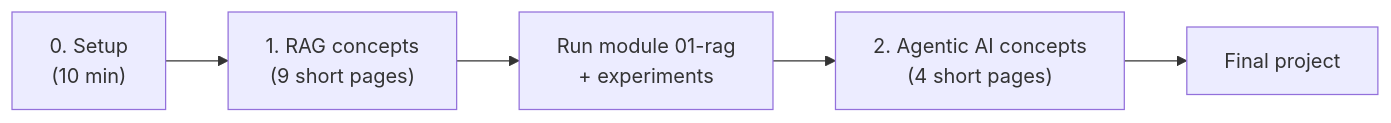
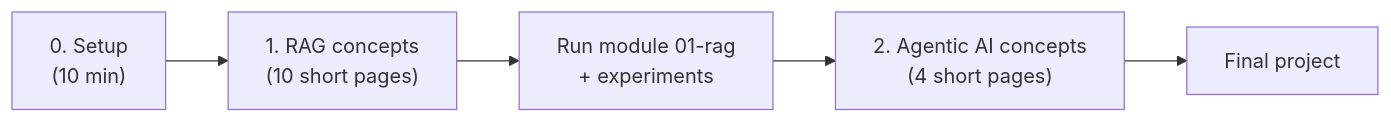
The diagram in README.md (prudhivi99/Agentic-System-Design), drawn with Mermaid before and after one commit. The commit also changed other lines of this file and 13 other files, not shown here.

Commit message:
Split Hybrid RAG into its own page, add module 04 docs and diagrams

````diff
--- a/README.md
+++ b/README.md
@@ -13,7 +13,7 @@
 ```mermaid
 flowchart LR
-    S["0. Setup<br/>(10 min)"] --> R["1. RAG concepts<br/>(9 short pages)"]
+    S["0. Setup<br/>(10 min)"] --> R["1. RAG concepts<br/>(10 short pages)"]
     R --> M1["Run module 01-rag<br/>+ experiments"]
     M1 --> A["2. Agentic AI concepts<br/>(4 short pages)"]
     A --> P["Final project"]
 ```
````
